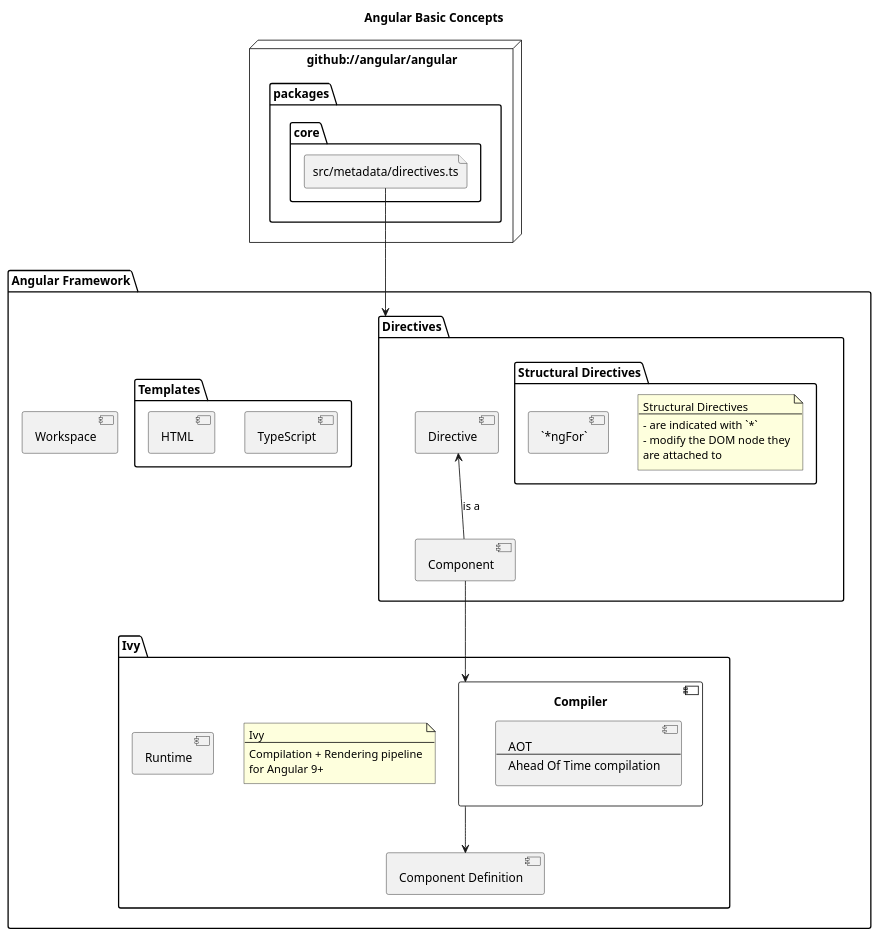
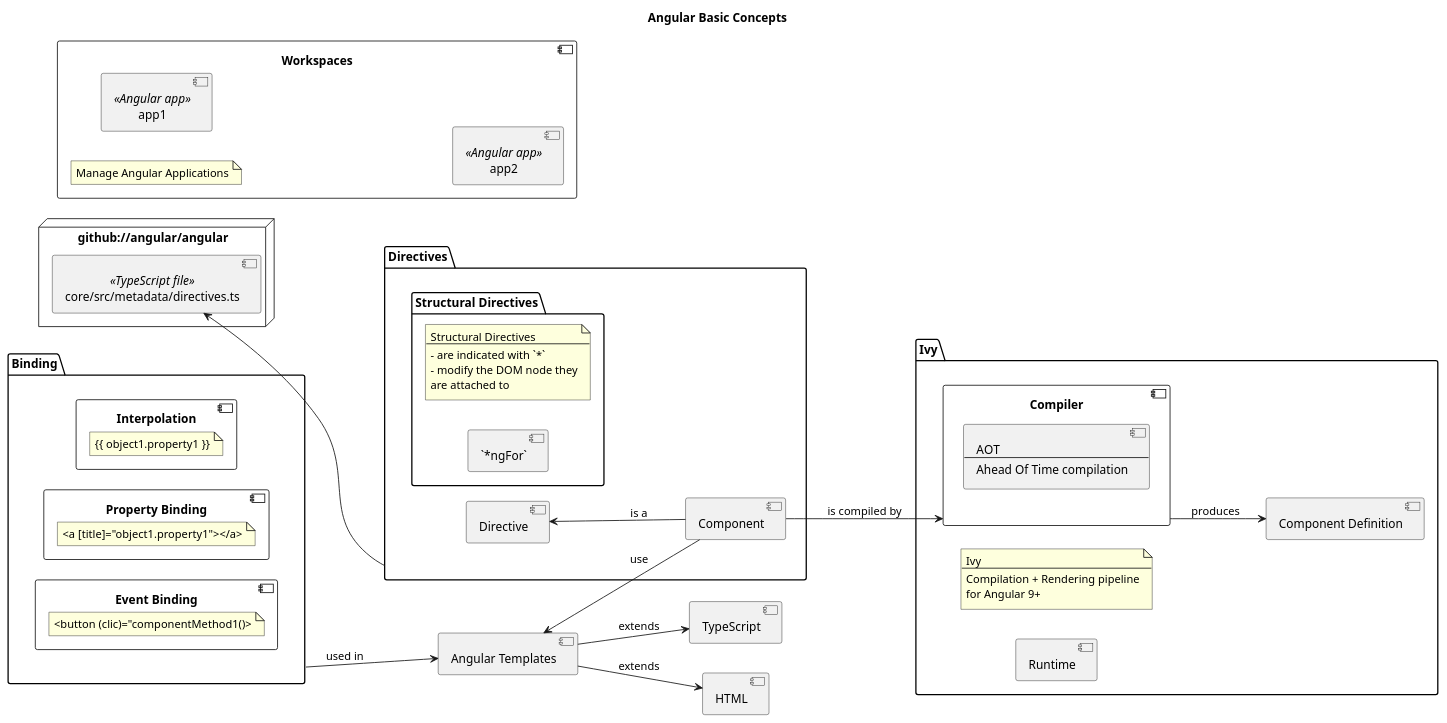
One commit to pgpbpadilla/reading-notes-angular changed the diagram in angular-components.puml. Above: the diagram before and after it, drawn with PlantUML. The commit also changed 1 other file, not shown here.

Commit message:
new: doc: Binding in Templates

```diff
--- a/angular-components.puml
+++ b/angular-components.puml
@@ -1,74 +1,98 @@
 @startuml
 
 title Angular Basic Concepts
 
-node "github://angular/angular" {
-	package "packages" {
-		package "core" {
-			file "src/metadata/directives.ts" as directives.ts
-		}
-	}
+left to right direction
+
+node "github://angular/angular" as GH_REPO {
+	[core/src/metadata/directives.ts] <<TypeScript file>> as SRC_DIR
 }
 
-package "Angular Framework" {
-
-    package "Directives" as "pgk_directives" {
+    package Directives {
 		[Directive]
-
 		[Component] -up-> [Directive]: is a
 
     	package "Structural Directives" {
     		note as SDN
     		Structural Directives
     		---
     		- are indicated with `*`
     		- modify the DOM node they
     		are attached to
     		end note
         	[`*ngFor`]
         }
     }
-
-    directives.ts -down-> pgk_directives
+    Directives -up-> SRC_DIR
 
 
 	' Templates
 
-	package "Templates" as AT {
-    	component TypeScript
-    	component HTML
-    }
+	component TypeScript
+	component HTML
+	component "Angular Templates" as AT
+	AT --> HTML: extends
+	AT --> TypeScript: extends
+
+    package Binding {
+		component Interpolation {
+			note as intNote
+				{{ object1.property1 }}
+			end note
+		}
+		component "Property Binding" {
+			note as pBindNote
+				<a [title]="object1.property1"></a>
+			end note
+		}
+		component "Event Binding" {
+			note as eBindNote
+				<button (clic)="componentMethod1()>
+			end note
+		}
+	}
+
+	Binding --> [AT]: used in
+
+    Component -up-> AT: use
 
     'Ivy Compiler
 
     package "Ivy" {
     	note as IvyN
     	Ivy
     	---
     	Compilation + Rendering pipeline
     	for Angular 9+
     	end note
 
         component Runtime
         component Compiler {
         	component AOT [
             	AOT
             	---
             	Ahead Of Time compilation
             ]
         }
 
         ' Component Definition generation
-        Component --> Compiler
+        Component --> Compiler: is compiled by
         component "Component Definition" as ComponentDef
-        Compiler --> ComponentDef
+        Compiler --> ComponentDef: produces
     }
 
     ' Workspace
 
-    component Workspace
-}
+    component Workspaces {
+    	note as wsNote
+    	Manage Angular Applications
+    	end note
+
+    	[app1] <<Angular app>>
+    	[app2] <<Angular app>>
+    }
+
 
 
 
 @enduml
```
